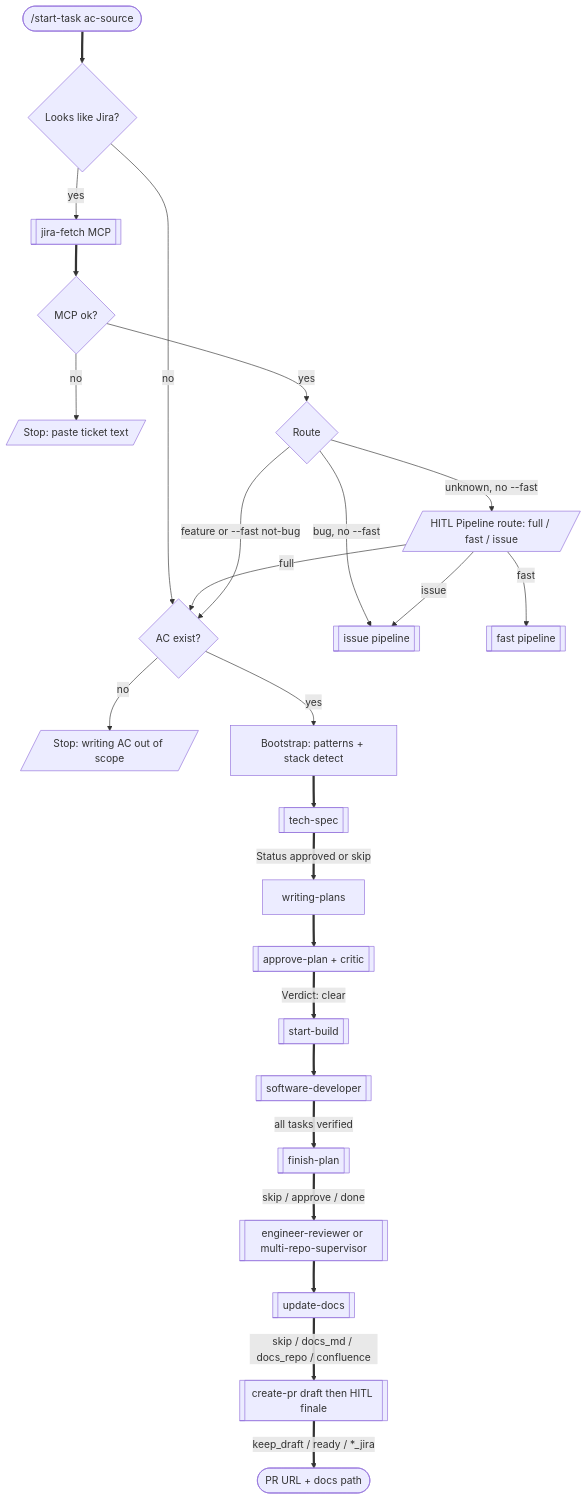
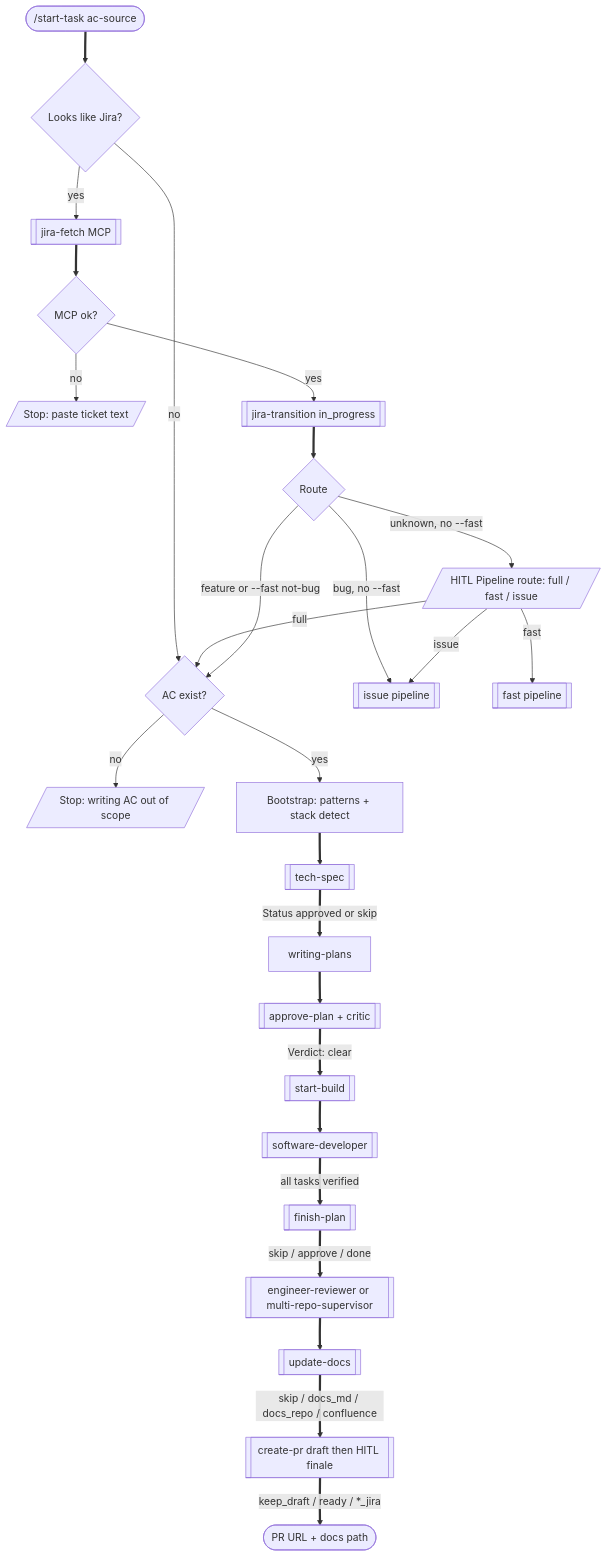
The first of 12 diagrams in docs/superpowers/pipeline-flow.md (a-trembak/cursor-spells), drawn with Mermaid before and after one commit. The commit also changed other lines of this file and 14 other files, not shown here.

First line of the commit message:
feat(jira): move tickets to In Progress and Review (#30)

````diff
--- a/docs/superpowers/pipeline-flow.md
+++ b/docs/superpowers/pipeline-flow.md
@@ -30,48 +30,50 @@
 ```mermaid
 flowchart TD
   startNode(["/start-task ac-source"])
   looksJira{Looks like Jira?}
   fetch[["jira-fetch MCP"]]
   fetchFail{MCP ok?}
   stopPaste[/"Stop: paste ticket text"/]
+  inProgress[["jira-transition in_progress"]]
   route{"Route"}
   hitlRoute[/"HITL Pipeline route: full / fast / issue"/]
   noAc{AC exist?}
   stopNoAc[/"Stop: writing AC out of scope"/]
   bootstrap["Bootstrap: patterns + stack detect"]
   techSpec[["tech-spec"]]
   planWrite["writing-plans"]
   approvePlan[["approve-plan + critic"]]
   startBuild[["start-build"]]
   softwareDev[["software-developer"]]
   finishPlan[["finish-plan"]]
   engReview[["engineer-reviewer or multi-repo-supervisor"]]
   updateDocs[["update-docs"]]
   createPr[["create-pr draft then HITL finale"]]
   doneNode(["PR URL + docs path"])
 
   startNode ==> looksJira
   looksJira -->|"yes"| fetch
   looksJira -->|"no"| noAc
   fetch ==> fetchFail
   fetchFail -->|"no"| stopPaste
-  fetchFail -->|"yes"| route
+  fetchFail -->|"yes"| inProgress
+  inProgress ==> route
   route -->|"bug, no --fast"| issuePipe[["issue pipeline"]]
   route -->|"unknown, no --fast"| hitlRoute
   hitlRoute -->|"full"| noAc
   hitlRoute -->|"fast"| fastPipe[["fast pipeline"]]
   hitlRoute -->|"issue"| issuePipe
   route -->|"feature or --fast not-bug"| noAc
   noAc -->|"no"| stopNoAc
   noAc -->|"yes"| bootstrap
   bootstrap ==> techSpec
   techSpec ==>|"Status approved or skip"| planWrite
   planWrite ==> approvePlan
   approvePlan ==>|"Verdict: clear"| startBuild
   startBuild ==> softwareDev
   softwareDev ==>|"all tasks verified"| finishPlan
   finishPlan ==>|"skip / approve / done"| engReview
   engReview ==> updateDocs
   updateDocs ==>|"skip / docs_md / docs_repo / confluence"| createPr
   createPr ==>|"keep_draft / ready / *_jira"| doneNode
 ```
````
